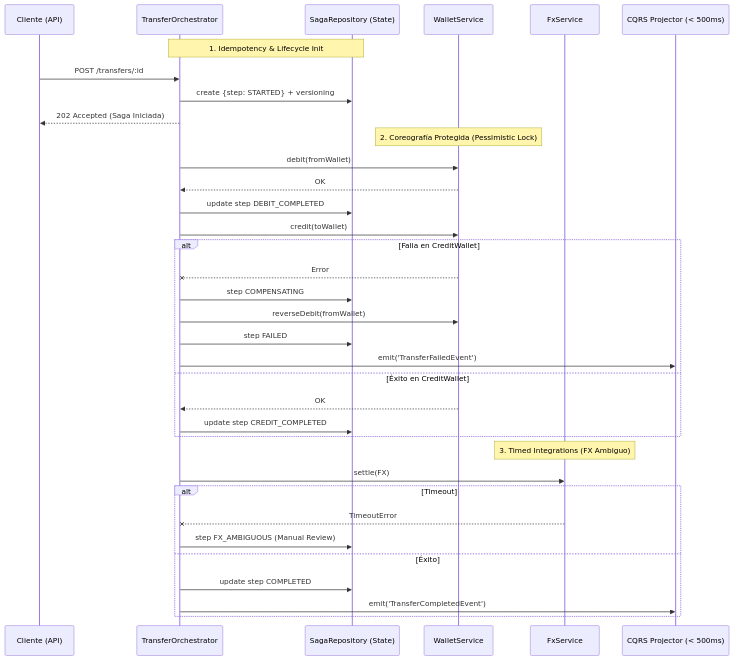
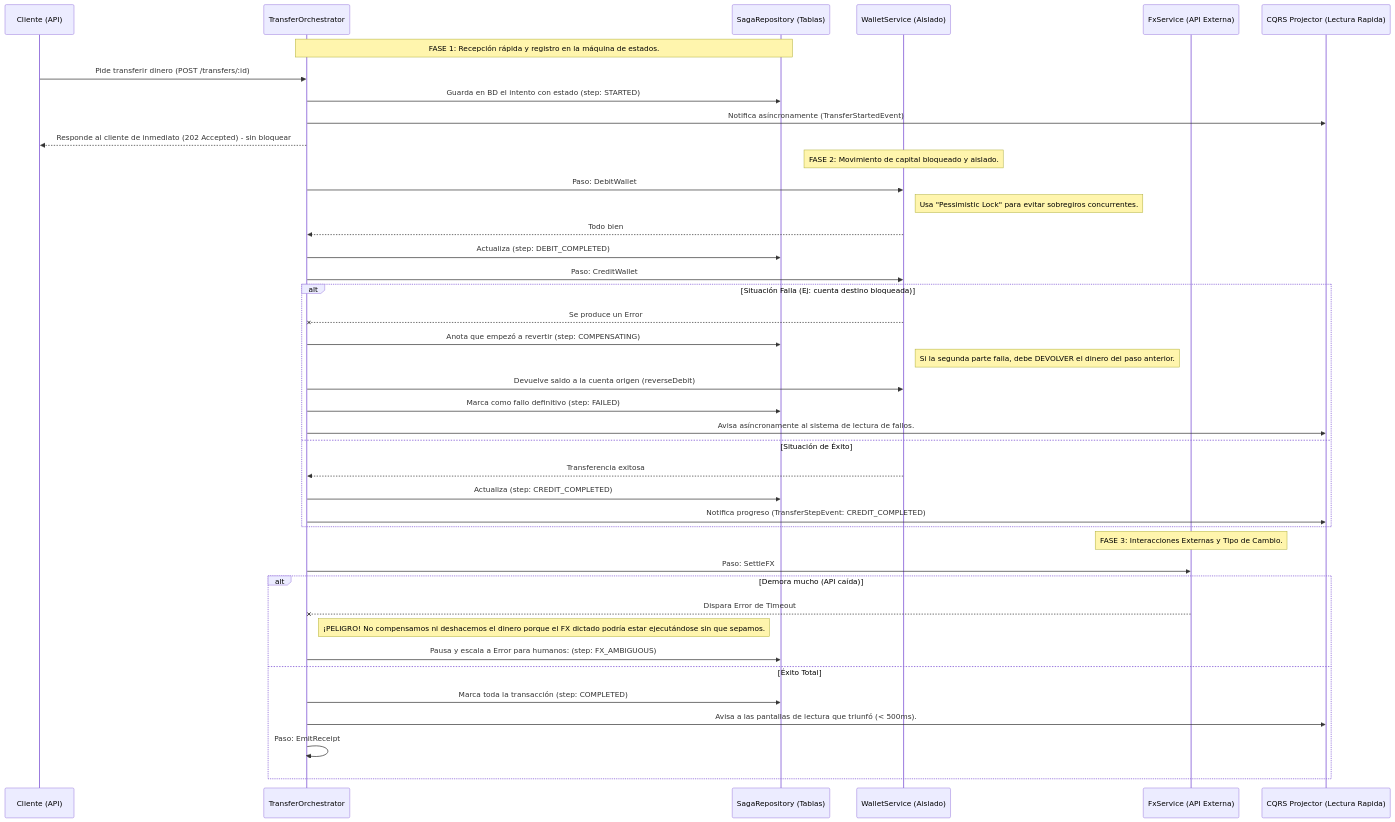
Before and after one commit to yaperos/code-challenge-tl: the diagram in challenge-2/README.md, drawn with Mermaid. The commit also changed other lines of this file and 12 other files, not shown here.

````diff
--- a/challenge-2/README.md
+++ b/challenge-2/README.md
@@ -11,41 +11,47 @@
 ```mermaid
 sequenceDiagram
     participant C as Cliente (API)
     participant O as TransferOrchestrator
-    participant S as SagaRepository (State)
-    participant W as WalletService
-    participant F as FxService
-    participant CQ as CQRS Projector (< 500ms)
+    participant S as SagaRepository (Tablas)
+    participant W as WalletService (Aislado)
+    participant F as FxService (API Externa)
+    participant CQ as CQRS Projector (Lectura Rapida)
 
-    Note over O,S: 1. Idempotency & Lifecycle Init
-    C->>O: POST /transfers/:id
-    O->>S: create {step: STARTED} + versioning
-    O-->>C: 202 Accepted (Saga Iniciada)
+    Note over O,S: FASE 1: Recepción rápida y registro en la máquina de estados.
+    C->>O: Pide transferir dinero (POST /transfers/:id)
+    O->>S: Guarda en BD el intento con estado (step: STARTED)
+    O->>CQ: Notifica asíncronamente (TransferStartedEvent)
+    O-->>C: Responde al cliente de inmediato (202 Accepted) - sin bloquear
 
-    Note over W: 2. Coreografía Protegida (Pessimistic Lock)
-    O->>W: debit(fromWallet)
-    W-->>O: OK
-    O->>S: update step DEBIT_COMPLETED
-    O->>W: credit(toWallet)
+    Note over W: FASE 2: Movimiento de capital bloqueado y aislado.
+    O->>W: Paso: DebitWallet
+    Note right of W: Usa "Pessimistic Lock" para evitar sobregiros concurrentes.
+    W-->>O: Todo bien
+    O->>S: Actualiza (step: DEBIT_COMPLETED)
     
-    alt Falla en CreditWallet
-        W--xO: Error
-        O->>S: step COMPENSATING
-        O->>W: reverseDebit(fromWallet)
-        O->>S: step FAILED
-        O->>CQ: emit('TransferFailedEvent')
-    else Éxito en CreditWallet
-        W-->>O: OK
-        O->>S: update step CREDIT_COMPLETED
+    O->>W: Paso: CreditWallet
+    alt Situación Falla (Ej: cuenta destino bloqueada)
+        W--xO: Se produce un Error
+        O->>S: Anota que empezó a revertir (step: COMPENSATING)
+        Note right of W: Si la segunda parte falla, debe DEVOLVER el dinero del paso anterior.
+        O->>W: Devuelve saldo a la cuenta origen (reverseDebit)
+        O->>S: Marca como fallo definitivo (step: FAILED)
+        O->>CQ: Avisa asíncronamente al sistema de lectura de fallos.
+    else Situación de Éxito
+        W-->>O: Transferencia exitosa
+        O->>S: Actualiza (step: CREDIT_COMPLETED)
+        O->>CQ: Notifica progreso (TransferStepEvent: CREDIT_COMPLETED)
     end
 
-    Note over F: 3. Timed Integrations (FX Ambiguo)
-    O->>F: settle(FX)
-    alt Timeout
-        F--xO: TimeoutError
-        O->>S: step FX_AMBIGUOUS (Manual Review)
-    else Éxito
-        O->>S: update step COMPLETED
-        O->>CQ: emit('TransferCompletedEvent')
+    Note over F: FASE 3: Interacciones Externas y Tipo de Cambio.
+    O->>F: Paso: SettleFX
+    alt Demora mucho (API caída)
+        F--xO: Dispara Error de Timeout
+        Note left of S: ¡PELIGRO! No compensamos ni deshacemos el dinero porque el FX dictado podría estar ejecutándose sin que sepamos.
+        O->>S: Pausa y escala a Error para humanos: (step: FX_AMBIGUOUS)
+    else Éxito Total
+        O->>S: Marca toda la transacción (step: COMPLETED)
+        O->>CQ: Avisa a las pantallas de lectura que triunfó (< 500ms).
+        O->>O: Paso: EmitReceipt
     end
 ```
````
